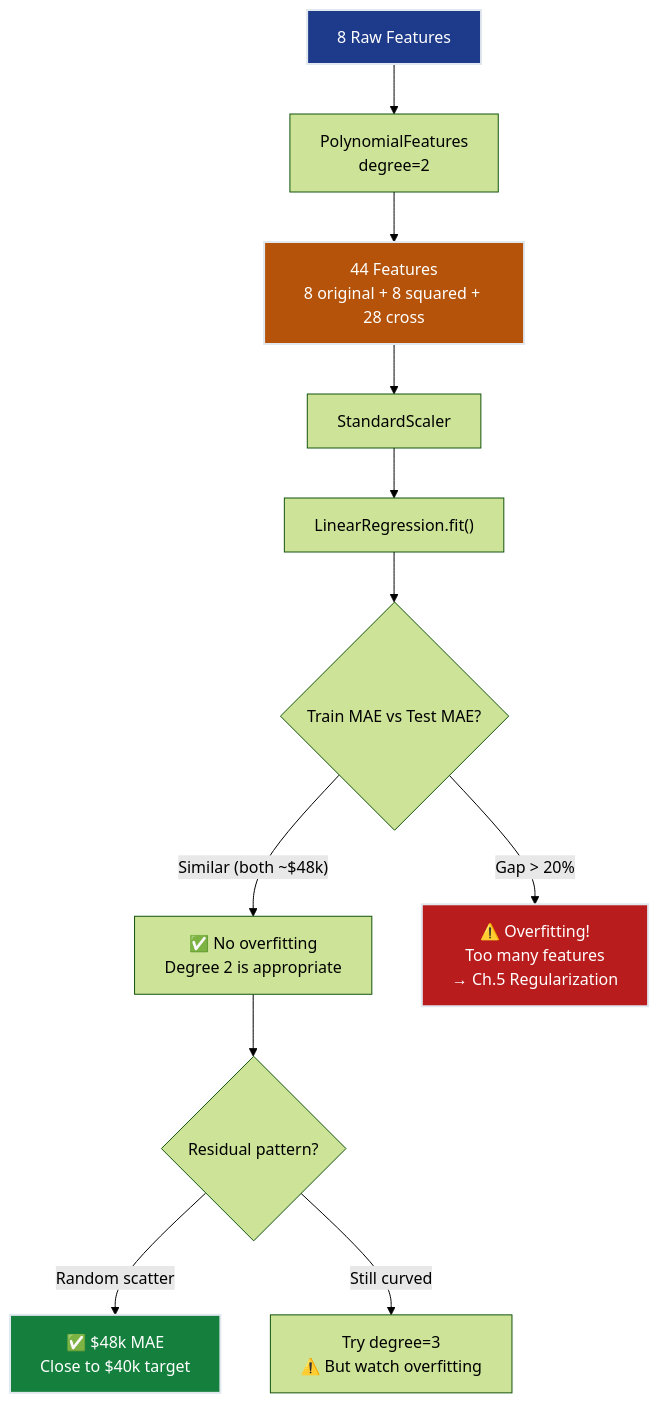
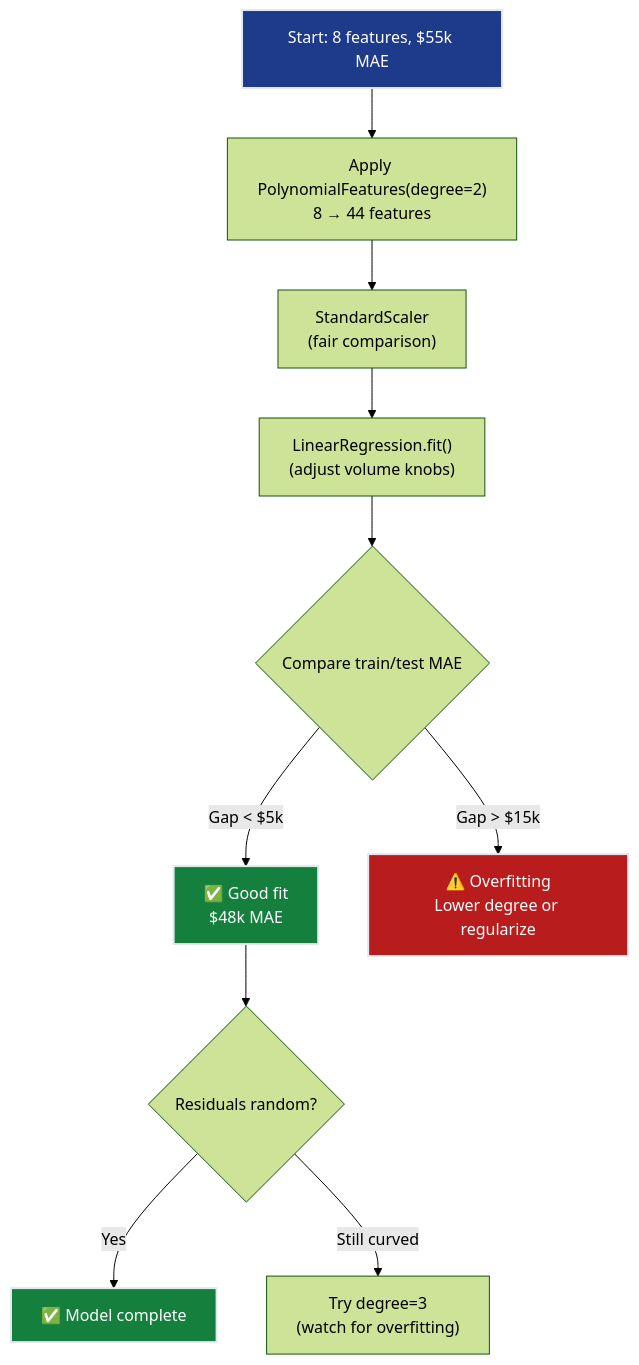
One commit to deepakshamsft/ai-portfolio changed the third of 7 diagrams in notes/ML/01_regression/ch04_polynomial_features/README.md. Above: the diagram before and after it, drawn with Mermaid (forest theme). The commit also changed other lines of this file and 7 other files, not shown here.

Commit message:
polynomial features fixes

````diff
--- a/notes/ML/01_regression/ch04_polynomial_features/README.md
+++ b/notes/ML/01_regression/ch04_polynomial_features/README.md
@@ -344,20 +567,19 @@
 ```mermaid
 flowchart TD
-    RAW["8 Raw Features"] --> POLY["PolynomialFeatures<br/>degree=2"]
-    POLY --> EXPANDED["44 Features<br/>8 original + 8 squared + 28 cross"]
-    EXPANDED --> SCALE["StandardScaler"]
-    SCALE --> FIT["LinearRegression.fit()"]
-    FIT --> EVAL{"Train MAE vs Test MAE?"}
+    START["Start: 8 features, $55k MAE"] --> POLY["Apply PolynomialFeatures(degree=2)<br/>8 → 44 features"]
+    POLY --> SCALE["StandardScaler<br/>(fair comparison)"]
+    SCALE --> FIT["LinearRegression.fit()<br/>(adjust volume knobs)"]
+    FIT --> EVAL{"Compare train/test MAE"}
     
-    EVAL -->|"Similar (both ~$48k)"| OK["✅ No overfitting<br/>Degree 2 is appropriate"]
-EVAL -->|"Gap > 20%"| OVERFIT["⚠️ Overfitting!<br/>Too many features<br/>→ Ch.5 Regularization"]
+    EVAL -->|"Gap < $5k"| OK["✅ Good fit<br/>$48k MAE"]
+    EVAL -->|"Gap > $15k"| OVERFIT["⚠️ Overfitting<br/>Lower degree or regularize"]
     
-    OK --> RESIDUAL{"Residual pattern?"}
-    RESIDUAL -->|"Random scatter"| DONE["✅ $48k MAE<br/>Close to $40k target"]
-    RESIDUAL -->|"Still curved"| DEG3["Try degree=3<br/>⚠️ But watch overfitting"]
+    OK --> CHECK{"Residuals random?"}
+    CHECK -->|"Yes"| DONE["✅ Model complete"]
+    CHECK -->|"Still curved"| TRY3["Try degree=3<br/>(watch for overfitting)"]
     
-    style RAW fill:#1e3a8a,stroke:#e2e8f0,stroke-width:2px,color:#ffffff
-    style EXPANDED fill:#b45309,stroke:#e2e8f0,stroke-width:2px,color:#ffffff
+    style START fill:#1e3a8a,stroke:#e2e8f0,stroke-width:2px,color:#ffffff
+    style OK fill:#15803d,stroke:#e2e8f0,stroke-width:2px,color:#ffffff
     style DONE fill:#15803d,stroke:#e2e8f0,stroke-width:2px,color:#ffffff
     style OVERFIT fill:#b91c1c,stroke:#e2e8f0,stroke-width:2px,color:#ffffff
 ```
````
